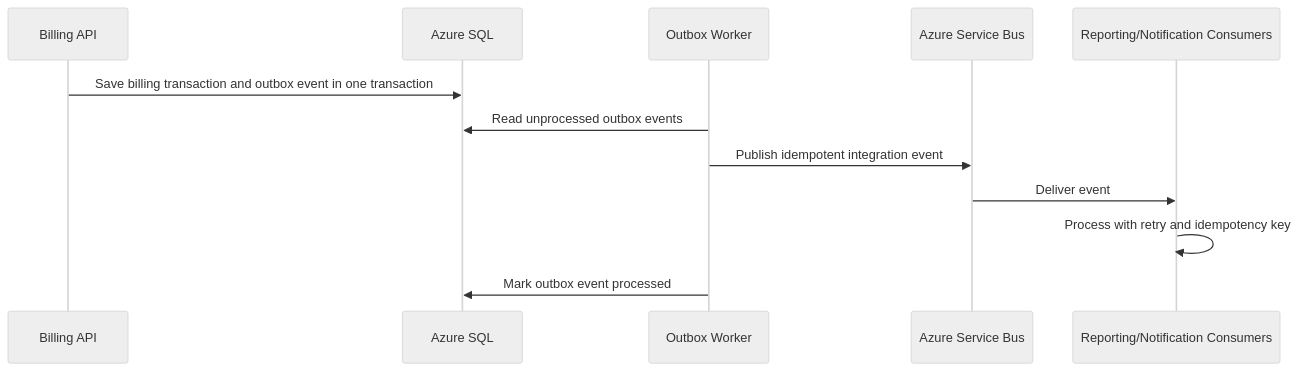
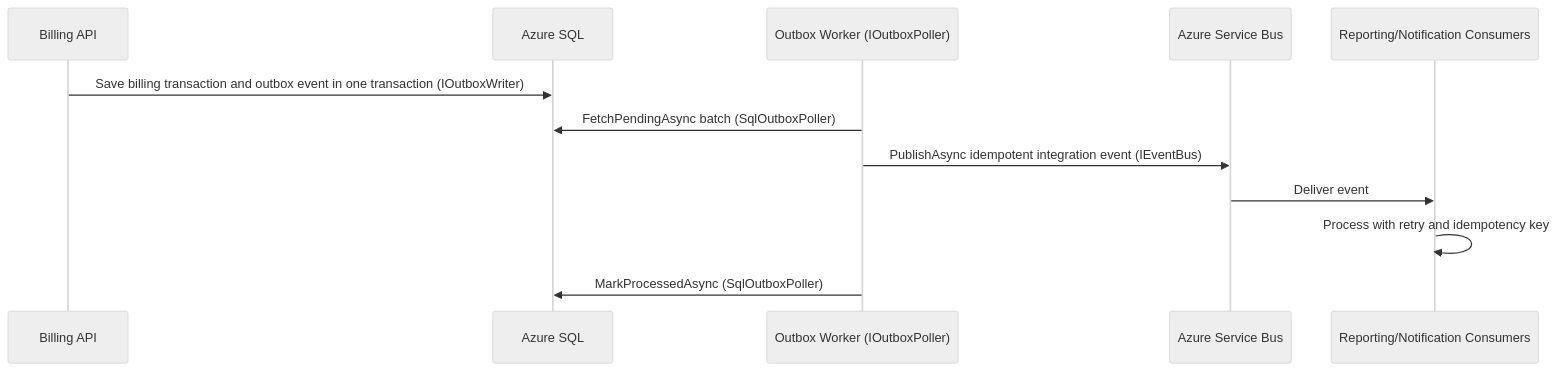
One commit to pavan-anandam-rethink/BillAI changed the fourth of 5 diagrams in docs/billingservice-modernization/architecture-diagrams.md. Above: the diagram before and after it, drawn with Mermaid (neutral theme). The commit also changed other lines of this file and 27 other files, not shown here.

````diff
--- a/docs/billingservice-modernization/architecture-diagrams.md
+++ b/docs/billingservice-modernization/architecture-diagrams.md
@@ -41,15 +66,15 @@
 ```mermaid
 sequenceDiagram
     participant API as Billing API
     participant DB as Azure SQL
-    participant Outbox as Outbox Worker
+    participant Outbox as Outbox Worker (IOutboxPoller)
     participant Bus as Azure Service Bus
     participant Consumer as Reporting/Notification Consumers
 
-    API->>DB: Save billing transaction and outbox event in one transaction
-    Outbox->>DB: Read unprocessed outbox events
-    Outbox->>Bus: Publish idempotent integration event
+    API->>DB: Save billing transaction and outbox event in one transaction (IOutboxWriter)
+    Outbox->>DB: FetchPendingAsync batch (SqlOutboxPoller)
+    Outbox->>Bus: PublishAsync idempotent integration event (IEventBus)
     Bus->>Consumer: Deliver event
     Consumer->>Consumer: Process with retry and idempotency key
-    Outbox->>DB: Mark outbox event processed
+    Outbox->>DB: MarkProcessedAsync (SqlOutboxPoller)
 ```
````
